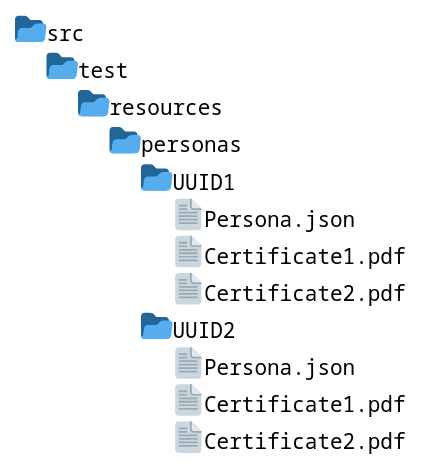
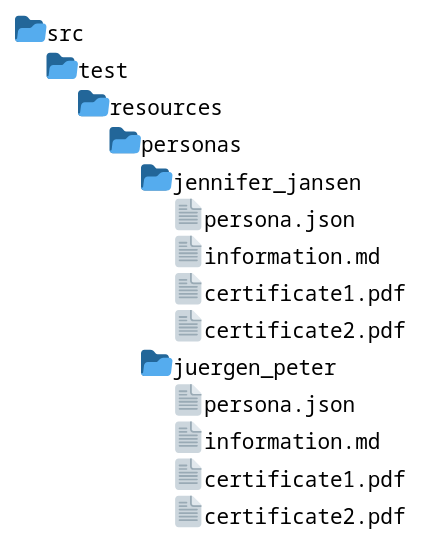
One commit to infoteam-Software-AG/profile-assist changed the diagram in src/main/docs/_includes/concept/persona-folder-structure.puml. Above: the diagram before and after it, drawn with PlantUML. The commit also changed 12 other files, not shown here.

```diff
--- a/src/main/docs/_includes/concept/persona-folder-structure.puml
+++ b/src/main/docs/_includes/concept/persona-folder-structure.puml
@@ -1,8 +1,10 @@
 @startfiles
-/src/test/resources/personas/UUID1/Persona.json
-/src/test/resources/personas/UUID1/Certificate1.pdf
-/src/test/resources/personas/UUID1/Certificate2.pdf
-/src/test/resources/personas/UUID2/Persona.json
-/src/test/resources/personas/UUID2/Certificate1.pdf
-/src/test/resources/personas/UUID2/Certificate2.pdf
+/src/test/resources/personas/jennifer_jansen/persona.json
+/src/test/resources/personas/jennifer_jansen/information.md
+/src/test/resources/personas/jennifer_jansen/certificate1.pdf
+/src/test/resources/personas/jennifer_jansen/certificate2.pdf
+/src/test/resources/personas/juergen_peter/persona.json
+/src/test/resources/personas/juergen_peter/information.md
+/src/test/resources/personas/juergen_peter/certificate1.pdf
+/src/test/resources/personas/juergen_peter/certificate2.pdf
 @endfiles
```
